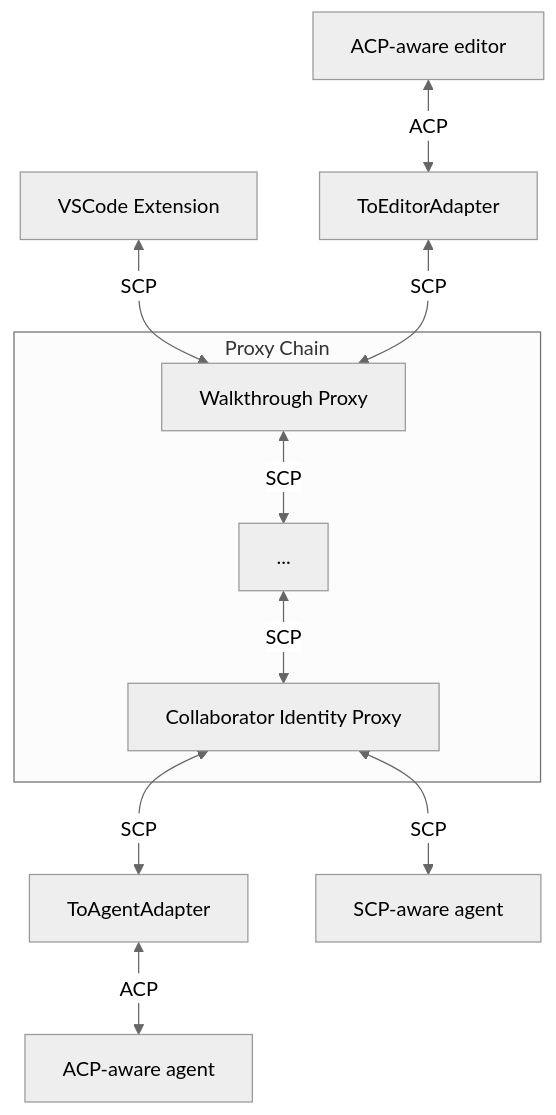
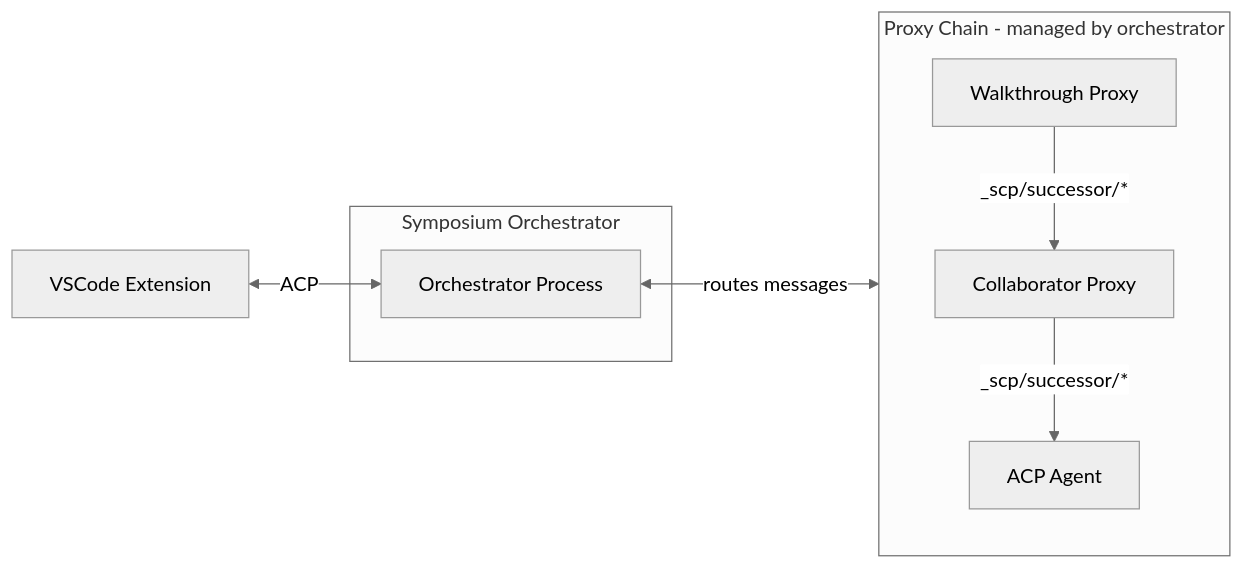
Before and after one commit to socratic-shell/symposium: the first of 2 diagrams in md/rfds/draft/symposium-component-protocol.md, drawn with Mermaid (neutral theme). The commit also changed other lines of this file and 4 other files, not shown here.

First line of the commit message:
refactor(scp): redesign with orchestrator architecture

````diff
--- a/md/rfds/draft/symposium-component-protocol.md
+++ b/md/rfds/draft/symposium-component-protocol.md
@@ -39,15 +39,20 @@
 ```mermaid
-flowchart TD
-    subgraph Proxy Chain
-        Walkthrough[Walkthrough Proxy] 
-        Walkthrough <-->|SCP| DotDotDot[...]
-        DotDotDot <-->|SCP| Collaborator[Collaborator Identity Proxy]
+flowchart LR
+    Editor[VSCode Extension]
+    
+    subgraph Orchestrator[Symposium Orchestrator]
+        O[Orchestrator Process]
     end
-
-    VSCode[VSCode Extension] <-->|SCP| Walkthrough
-    OtherEditor[ACP-aware editor] <-->|ACP| ToEditor[ToEditorAdapter]
-    ToEditor <-->|SCP| Walkthrough
-    Collaborator <-->|SCP| ToAgent[ToAgentAdapter]
-    ToAgent <-->|ACP| ACPAgent[ACP-aware agent]
-    Collaborator <-->|SCP| SCPAgent[SCP-aware agent]
+    
+    subgraph ProxyChain[Proxy Chain - managed by orchestrator]
+        P1[Walkthrough Proxy]
+        P2[Collaborator Proxy]
+        Agent[ACP Agent]
+        
+        P1 -->|_scp/successor/*| P2
+        P2 -->|_scp/successor/*| Agent
+    end
+    
+    Editor <-->|ACP| O
+    O <-->|routes messages| ProxyChain
 ```
````
